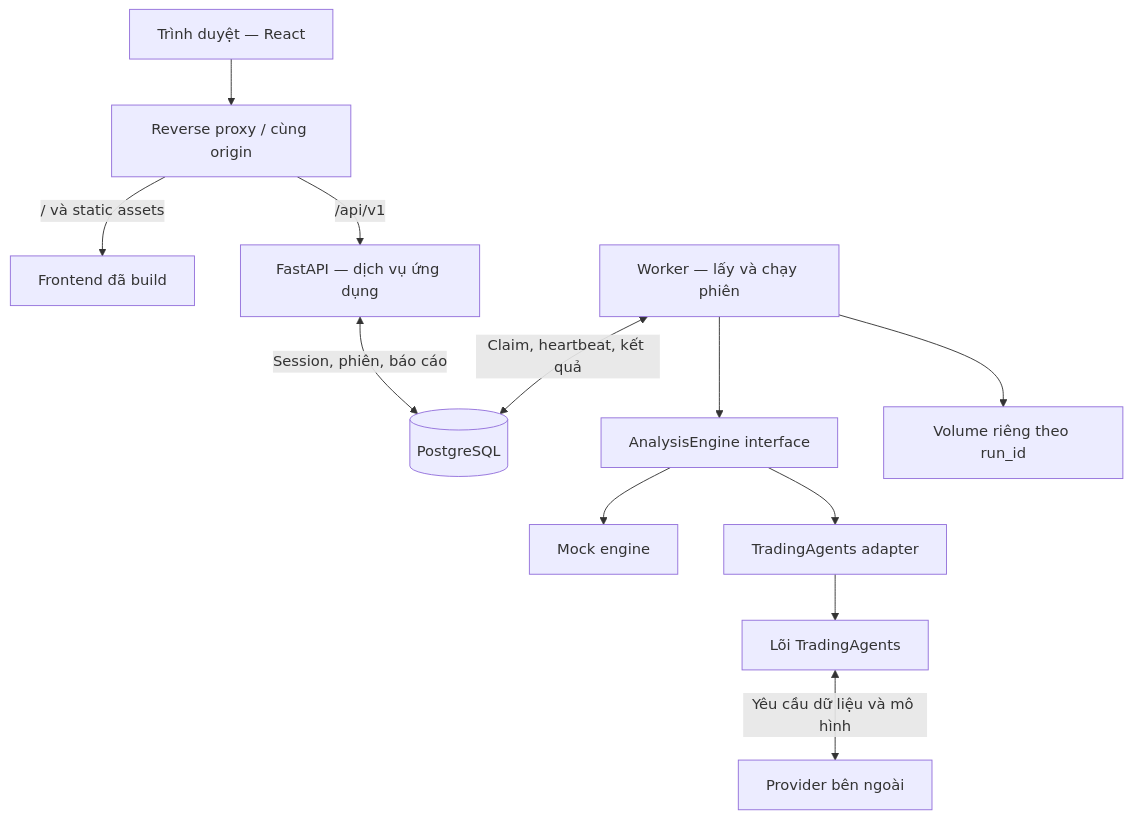
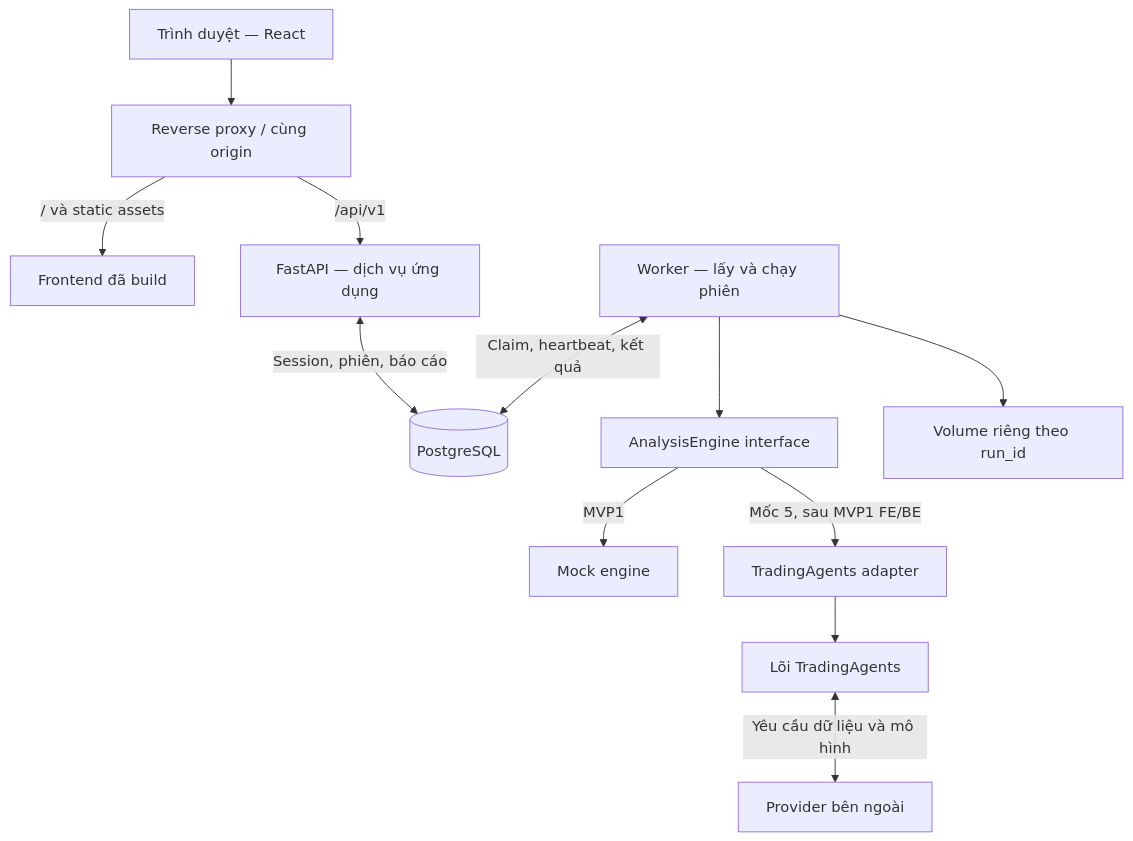
One commit to SoiBeo1010/DACN changed the first of 2 diagrams in docs/system-architecture.md. Above: the diagram before and after it, drawn with Mermaid. The commit also changed other lines of this file and 19 other files, not shown here.

````diff
--- a/docs/system-architecture.md
+++ b/docs/system-architecture.md
@@ -40,14 +40,14 @@
 ```mermaid
 flowchart TD
     Browser["Trình duyệt — React"] --> Gateway["Reverse proxy / cùng origin"]
     Gateway -->|"/ và static assets"| Web["Frontend đã build"]
     Gateway -->|"/api/v1"| API["FastAPI — dịch vụ ứng dụng"]
     API <-->|"Session, phiên, báo cáo"| DB[("PostgreSQL")]
     Worker["Worker — lấy và chạy phiên"] <-->|"Claim, heartbeat, kết quả"| DB
     Worker --> Port["AnalysisEngine interface"]
-    Port --> Mock["Mock engine"]
-    Port --> Adapter["TradingAgents adapter"]
+    Port -->|"MVP1"| Mock["Mock engine"]
+    Port -->|"Mốc 5, sau MVP1 FE/BE"| Adapter["TradingAgents adapter"]
     Adapter --> Core["Lõi TradingAgents"]
     Core <-->|"Yêu cầu dữ liệu và mô hình"| External["Provider bên ngoài"]
     Worker --> Storage["Volume riêng theo run_id"]
 ```
````
